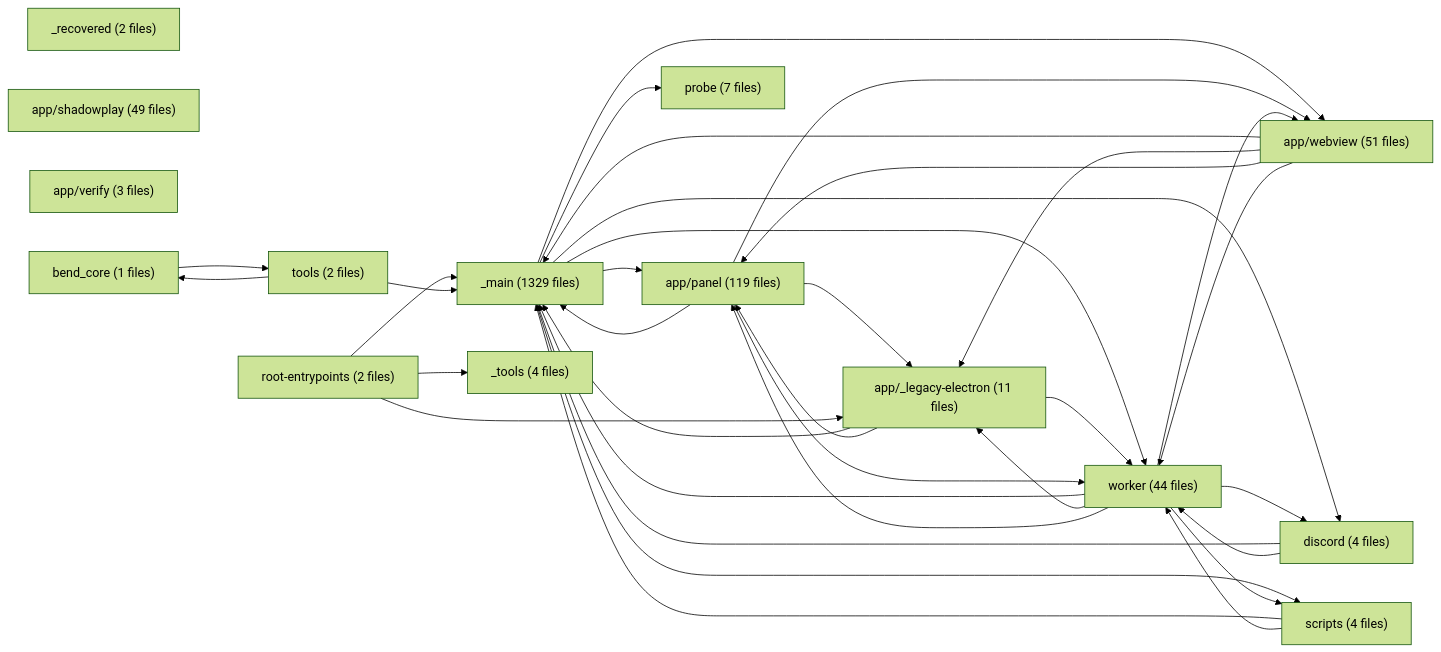
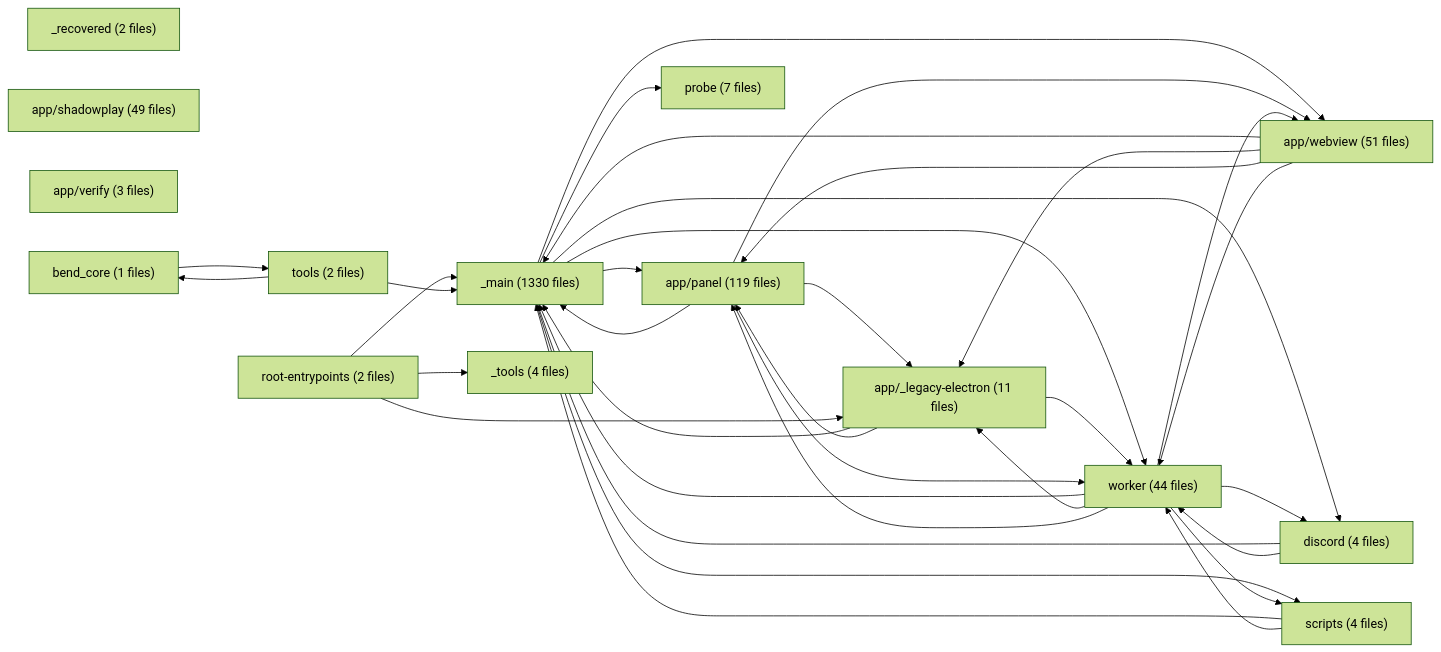
One commit to mateusant13/sotto changed the diagram in features/INDEX.md. Above: the diagram before and after it, drawn with Mermaid (forest theme). The commit also changed other lines of this file and 2 other files, not shown here.

````diff
--- a/features/INDEX.md
+++ b/features/INDEX.md
@@ -28,51 +28,51 @@
 ```mermaid
 flowchart LR
-  _main["_main (1329 files)"]
+  _main["_main (1330 files)"]
   _recovered["_recovered (2 files)"]
   _tools["_tools (4 files)"]
   app__legacy_electron["app/_legacy-electron (11 files)"]
   app_panel["app/panel (119 files)"]
   app_shadowplay["app/shadowplay (49 files)"]
   app_verify["app/verify (3 files)"]
   app_webview["app/webview (51 files)"]
   bend_core["bend_core (1 files)"]
   discord["discord (4 files)"]
   probe["probe (7 files)"]
   root_entrypoints["root-entrypoints (2 files)"]
   scripts["scripts (4 files)"]
   tools["tools (2 files)"]
   worker["worker (44 files)"]
   _main --> app_panel
   _main --> app_webview
   _main --> worker
   _main --> discord
   _main --> probe
   _main --> scripts
   app__legacy_electron --> _main
   app__legacy_electron --> app_panel
   app__legacy_electron --> worker
   app_panel --> _main
   app_panel --> app__legacy_electron
   app_panel --> app_webview
   app_panel --> worker
   app_webview --> _main
   app_webview --> app__legacy_electron
   app_webview --> app_panel
   app_webview --> worker
   bend_core --> tools
   discord --> _main
   discord --> worker
   root_entrypoints --> _main
   root_entrypoints --> _tools
   root_entrypoints --> app__legacy_electron
   scripts --> _main
   scripts --> worker
   tools --> bend_core
   tools --> _main
   worker --> _main
   worker --> app__legacy_electron
   worker --> app_webview
   worker --> app_panel
   worker --> discord
   worker --> scripts
 ```
````
